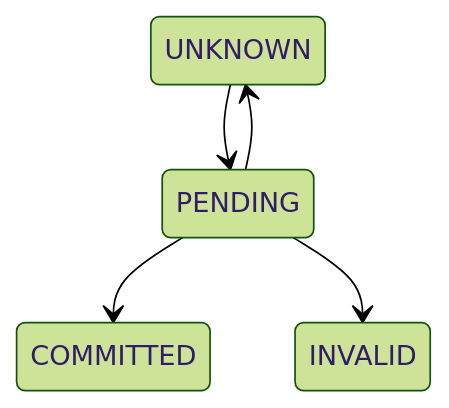
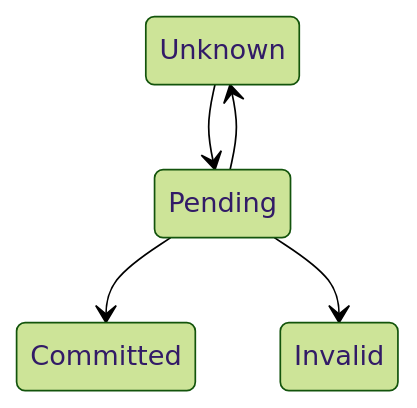
The diagram in doc/use_apps/verify_tx.rst (microsoft/CCF), drawn with Mermaid (forest theme) before and after one commit. The commit also changed other lines of this file, not shown here.

```diff
--- a/doc/use_apps/verify_tx.rst
+++ b/doc/use_apps/verify_tx.rst
@@ -32,7 +32,7 @@
 .. mermaid::
 
     stateDiagram
-        UNKNOWN --> PENDING
-        PENDING --> UNKNOWN
-        PENDING --> COMMITTED
-        PENDING --> INVALID
+        Unknown --> Pending
+        Pending --> Unknown
+        Pending --> Committed
+        Pending --> Invalid
```
